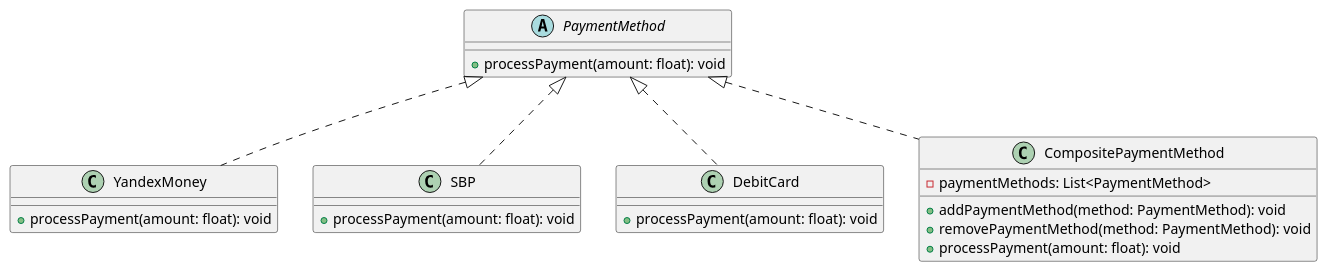
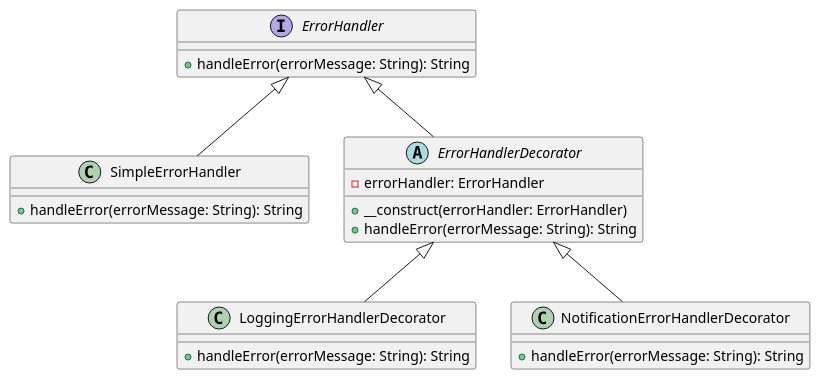
One commit to andrewovchinnikov/design-patterns changed the diagram in klassifikaciya-patternov/structural-patterns/dekorator-decorator/primery/obrabotka-oshibok/php.md. Above: the diagram before and after it, drawn with PlantUML. The commit also changed other lines of this file and 52 other files, not shown here.

````diff
--- a/klassifikaciya-patternov/structural-patterns/dekorator-decorator/primery/obrabotka-oshibok/php.md
+++ b/klassifikaciya-patternov/structural-patterns/dekorator-decorator/primery/obrabotka-oshibok/php.md
@@ -14,26 +100,30 @@
 ```plantuml
 @startuml
-abstract class PaymentMethod {
-    +processPayment(amount: float): void
+interface ErrorHandler {
+    +handleError(errorMessage: String): String
 }
 
-class YandexMoney implements PaymentMethod {
-    +processPayment(amount: float): void
+class SimpleErrorHandler {
+    +handleError(errorMessage: String): String
 }
 
-class SBP implements PaymentMethod {
-    +processPayment(amount: float): void
+abstract class ErrorHandlerDecorator {
+    -errorHandler: ErrorHandler
+    +__construct(errorHandler: ErrorHandler)
+    +handleError(errorMessage: String): String
 }
 
-class DebitCard implements PaymentMethod {
-    +processPayment(amount: float): void
+class LoggingErrorHandlerDecorator {
+    +handleError(errorMessage: String): String
 }
 
-class CompositePaymentMethod implements PaymentMethod {
-    -paymentMethods: List<PaymentMethod>
-    +addPaymentMethod(method: PaymentMethod): void
-    +removePaymentMethod(method: PaymentMethod): void
-    +processPayment(amount: float): void
+class NotificationErrorHandlerDecorator {
+    +handleError(errorMessage: String): String
 }
+
+ErrorHandler <|-- SimpleErrorHandler
+ErrorHandler <|-- ErrorHandlerDecorator
+ErrorHandlerDecorator <|-- LoggingErrorHandlerDecorator
+ErrorHandlerDecorator <|-- NotificationErrorHandlerDecorator
 @enduml
 ```
````
